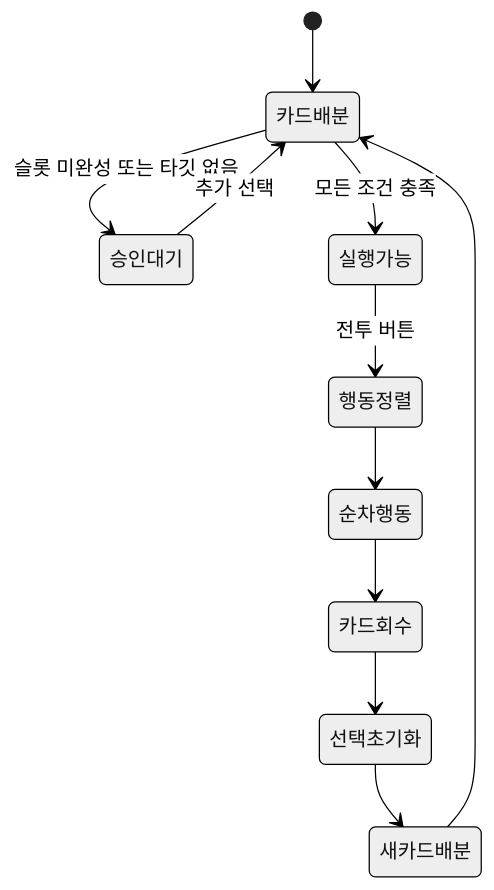
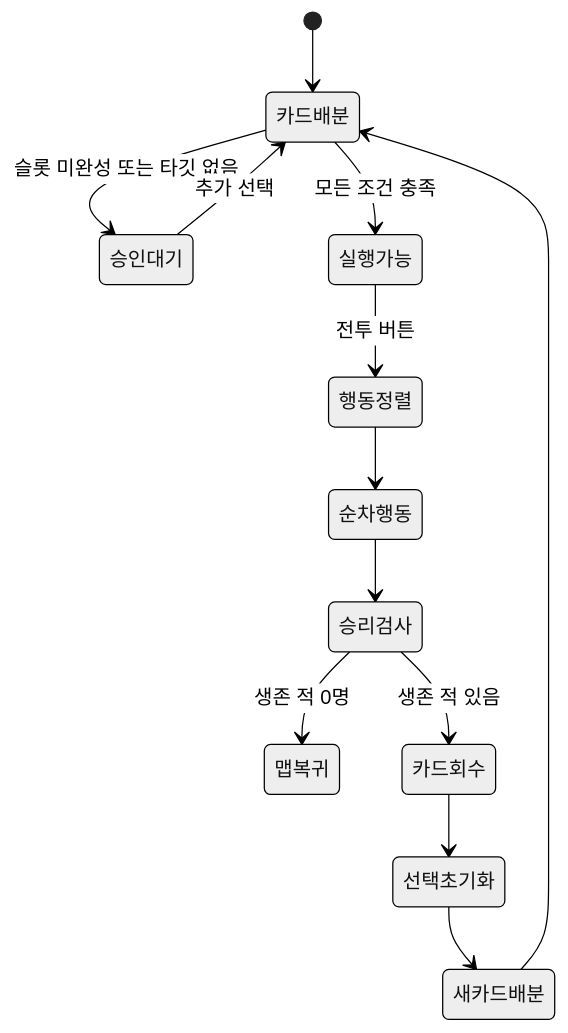
One commit to icrf-hot/Randint_Strategy_Record changed the diagram in wiki/00 프로젝트/구현 현황.md. Above: the diagram before and after it, drawn with Mermaid (neutral theme). The commit also changed other lines of this file and 24 other files, not shown here.

````diff
--- a/wiki/00 프로젝트/구현 현황.md
+++ b/wiki/00 프로젝트/구현 현황.md
@@ -51,13 +58,15 @@
 ```mermaid
 stateDiagram-v2
     [*] --> 카드배분
     카드배분 --> 승인대기: 슬롯 미완성 또는 타깃 없음
     승인대기 --> 카드배분: 추가 선택
     카드배분 --> 실행가능: 모든 조건 충족
     실행가능 --> 행동정렬: 전투 버튼
     행동정렬 --> 순차행동
-    순차행동 --> 카드회수
+    순차행동 --> 승리검사
+    승리검사 --> 맵복귀: 생존 적 0명
+    승리검사 --> 카드회수: 생존 적 있음
     카드회수 --> 선택초기화
     선택초기화 --> 새카드배분
     새카드배분 --> 카드배분
 ```
````
